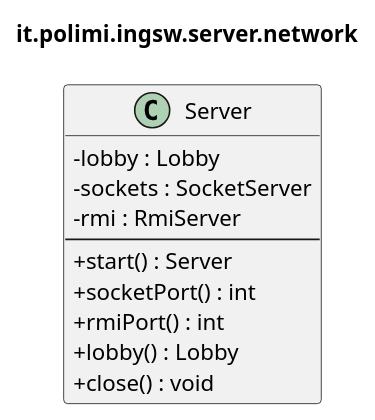
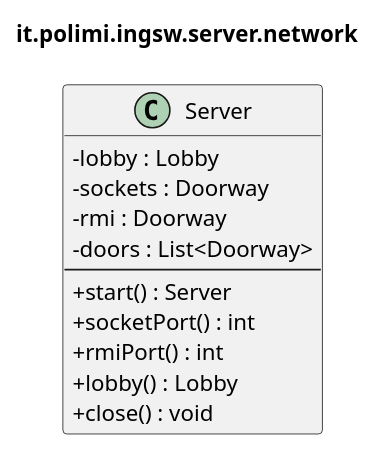
The diagram in docs/uml/detailed/server-network.puml (samuelesegrini/ing-sw-2025-segrini-terribile-varricchio-zanca), drawn with PlantUML before and after one commit. The commit also changed 13 other files, not shown here.

```diff
--- a/docs/uml/detailed/server-network.puml
+++ b/docs/uml/detailed/server-network.puml
@@ -1,20 +1,21 @@
 @startuml it_polimi_ingsw_server_network
 ' Generated by tools/uml/generate-detailed.py. Do not edit by hand.
 !pragma layout smetana
 skinparam shadowing false
 skinparam classAttributeIconSize 0
 title it.polimi.ingsw.server.network
 
 class Server {
   -lobby : Lobby
-  -sockets : SocketServer
-  -rmi : RmiServer
+  -sockets : Doorway
+  -rmi : Doorway
+  -doors : List<Doorway>
   --
   +start() : Server
   +socketPort() : int
   +rmiPort() : int
   +lobby() : Lobby
   +close() : void
 }
 
 @enduml
```
